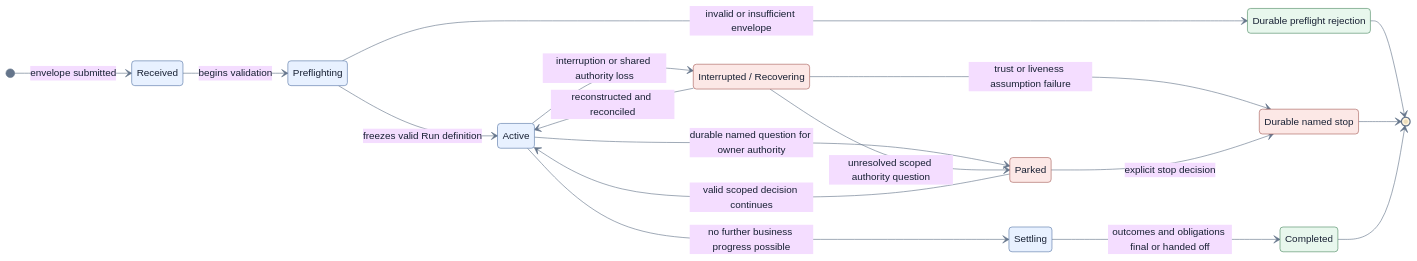
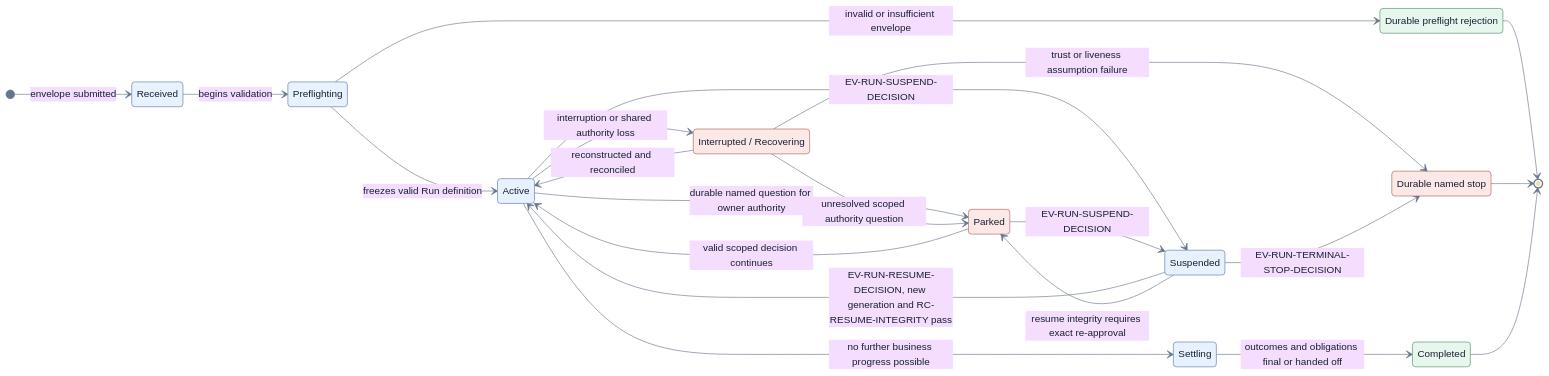
The first of 4 diagrams in docs/redesign/design/flows/run-and-story-lifecycle.md (agentic-workflow-kit/jig), drawn with Mermaid before and after one commit. The commit also changed other lines of this file and 37 other files, not shown here.

````diff
--- a/docs/redesign/design/flows/run-and-story-lifecycle.md
+++ b/docs/redesign/design/flows/run-and-story-lifecycle.md
@@ -58,38 +61,43 @@
 ```mermaid
 %%{init: {"theme": "base", "themeVariables": {"fontFamily": "Inter, ui-sans-serif, system-ui", "primaryTextColor": "#172033", "lineColor": "#65758b"}}}%%
 stateDiagram-v2
     direction LR
     state "Received" as Received
     state "Preflighting" as Preflighting
     state "Durable preflight rejection" as Rejected
     state "Active" as Active
     state "Parked" as Parked
     state "Interrupted / Recovering" as Recovering
+    state "Suspended" as Suspended
     state "Settling" as Settling
     state "Completed" as Completed
     state "Durable named stop" as Stopped
 
     [*] --> Received: envelope submitted
     Received --> Preflighting: begins validation
     Preflighting --> Rejected: invalid or insufficient envelope
     Preflighting --> Active: freezes valid Run definition
     Active --> Parked: durable named question for owner authority
     Parked --> Active: valid scoped decision continues
     Active --> Recovering: interruption or shared authority loss
     Recovering --> Active: reconstructed and reconciled
     Recovering --> Parked: unresolved scoped authority question
     Recovering --> Stopped: trust or liveness assumption failure
-    Parked --> Stopped: explicit stop decision
+    Active --> Suspended: EV-RUN-SUSPEND-DECISION
+    Parked --> Suspended: EV-RUN-SUSPEND-DECISION
+    Suspended --> Active: EV-RUN-RESUME-DECISION, new generation and RC-RESUME-INTEGRITY pass
+    Suspended --> Parked: resume integrity requires exact re-approval
+    Suspended --> Stopped: EV-RUN-TERMINAL-STOP-DECISION
     Active --> Settling: no further business progress possible
     Settling --> Completed: outcomes and obligations final or handed off
     Rejected --> [*]
     Stopped --> [*]
     Completed --> [*]
 
     classDef phase fill:#e8f1ff,stroke:#5a78a8,color:#172033
     classDef outcome fill:#e8f7ed,stroke:#4f8a63,color:#172033
     classDef exception fill:#fce8e6,stroke:#a7615b,color:#172033
-    class Received,Preflighting,Active,Settling phase
+    class Received,Preflighting,Active,Settling,Suspended phase
     class Completed,Rejected outcome
     class Parked,Recovering,Stopped exception
 ```
````
